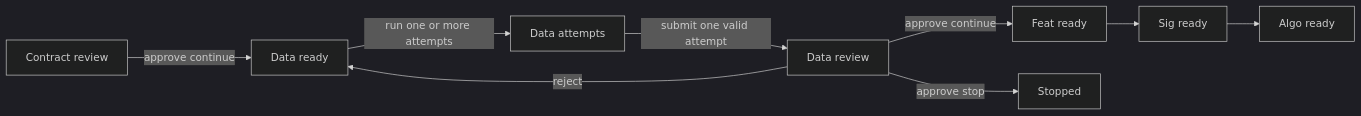
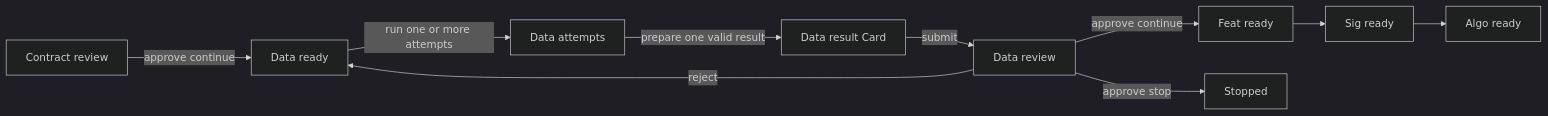
One commit to alva-ai/research-ci changed the first of 2 diagrams in docs/design.md. Above: the diagram before and after it, drawn with Mermaid (dark theme). The commit also changed other lines of this file and 18 other files, not shown here.

Commit message:
feat(workflow): add data bundles and iterative review (#27)

````diff
--- a/docs/design.md
+++ b/docs/design.md
@@ -190,11 +198,12 @@
 ```mermaid
 flowchart LR
     C[Contract review] -->|approve continue| D[Data ready]
     D -->|run one or more attempts| DA[Data attempts]
-    DA -->|submit one valid attempt| DC[Data review]
+    DA -->|prepare one valid result| DP[Data result Card]
+    DP -->|submit| DC[Data review]
     DC -->|reject| D
     DC -->|approve continue| F[Feat ready]
     DC -->|approve stop| X[Stopped]
     F --> S[Sig ready]
     S --> A[Algo ready]
 ```
````
